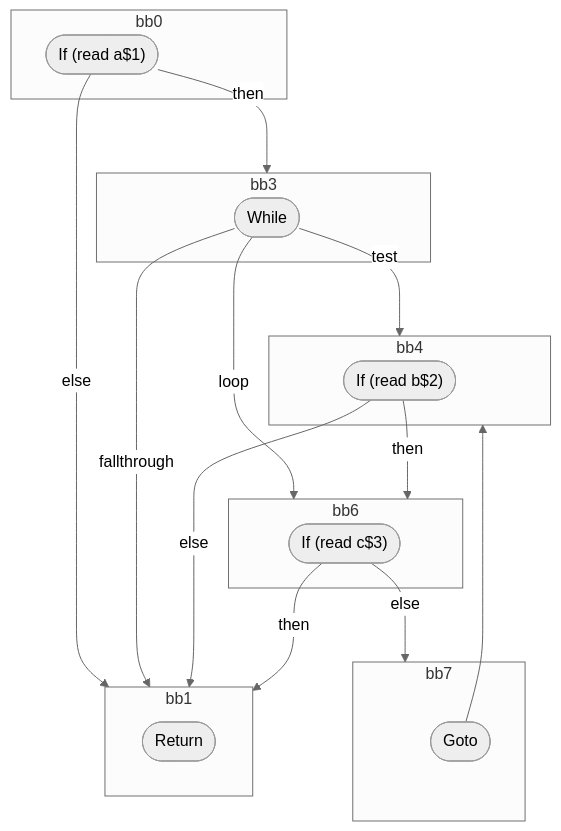
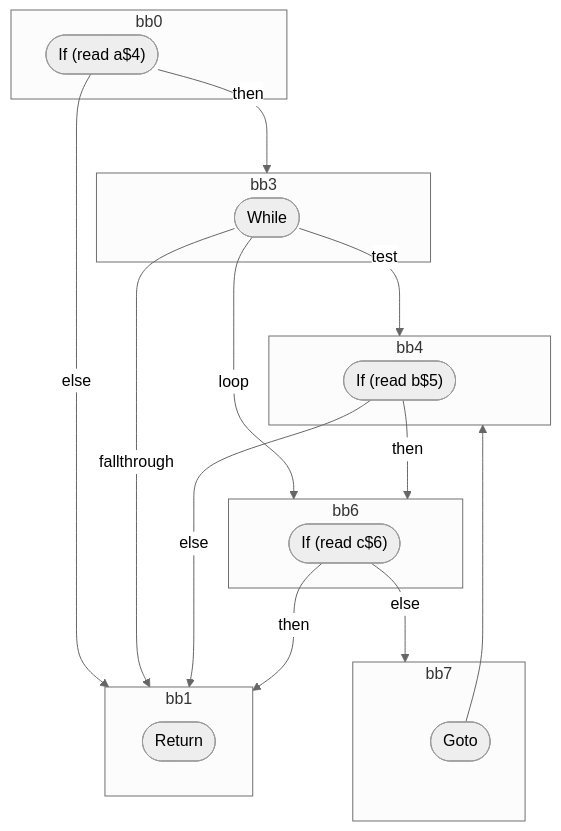
The diagram in compiler/forget/src/__tests__/fixtures/hir/complex-while.expect.md (wutsmog/private), drawn with Mermaid (neutral theme) before and after one commit. The commit also changed other lines of this file and 59 other files, not shown here.

````diff
--- a/compiler/forget/src/__tests__/fixtures/hir/complex-while.expect.md
+++ b/compiler/forget/src/__tests__/fixtures/hir/complex-while.expect.md
@@ -41,35 +41,35 @@
 ```mermaid
 flowchart TB
   %% Basic Blocks
   subgraph bb0
-    bb0_terminal(["If (read a$1)"])
+    bb0_terminal(["If (read a$4)"])
   end
   subgraph bb3
     bb3_terminal(["While"])
   end
   subgraph bb4
-    bb4_terminal(["If (read b$2)"])
+    bb4_terminal(["If (read b$5)"])
   end
   subgraph bb6
-    bb6_terminal(["If (read c$3)"])
+    bb6_terminal(["If (read c$6)"])
   end
   subgraph bb7
     bb7_terminal(["Goto"])
   end
   subgraph bb1
     bb1_terminal(["Return"])
   end
 
   %% Jumps
   bb0_terminal -- "then" --> bb3
   bb0_terminal -- "else" --> bb1
   bb3_terminal -- "test" --> bb4
   bb3_terminal -- "loop" --> bb6
   bb3_terminal -- "fallthrough" --> bb1
   bb4_terminal -- "then" --> bb6
   bb4_terminal -- "else" --> bb1
   bb6_terminal -- "then" --> bb1
   bb6_terminal -- "else" --> bb7
   bb7_terminal --> bb4
 
 ```
````
